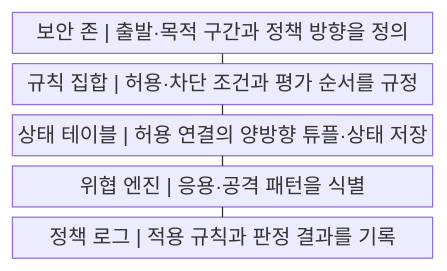
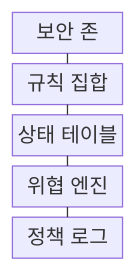
Before and after one commit to agnusdei1207/knowledge-base: the first of 2 diagrams in src/content/docs/notes/04-network/020_firewall_types.md, drawn with Mermaid. The commit also changed other lines of this file and 122 other files, not shown here.

````diff
--- a/src/content/docs/notes/04-network/020_firewall_types.md
+++ b/src/content/docs/notes/04-network/020_firewall_types.md
@@ -59,13 +59,13 @@
 ```mermaid
-block
+block-beta
     columns 1
-    A["보안 존 | 출발·목적 구간과 정책 방향을 정의"]
-    B["규칙 집합 | 허용·차단 조건과 평가 순서를 규정"]
-    C["상태 테이블 | 허용 연결의 양방향 튜플·상태 저장"]
-    D["위협 엔진 | 응용·공격 패턴을 식별"]
-    E["정책 로그 | 적용 규칙과 판정 결과를 기록"]
+    A["보안 존"]
+    B["규칙 집합"]
+    C["상태 테이블"]
+    D["위협 엔진"]
+    E["정책 로그"]
     A --- B
     B --- C
     C --- D
     D --- E
 ```
````
